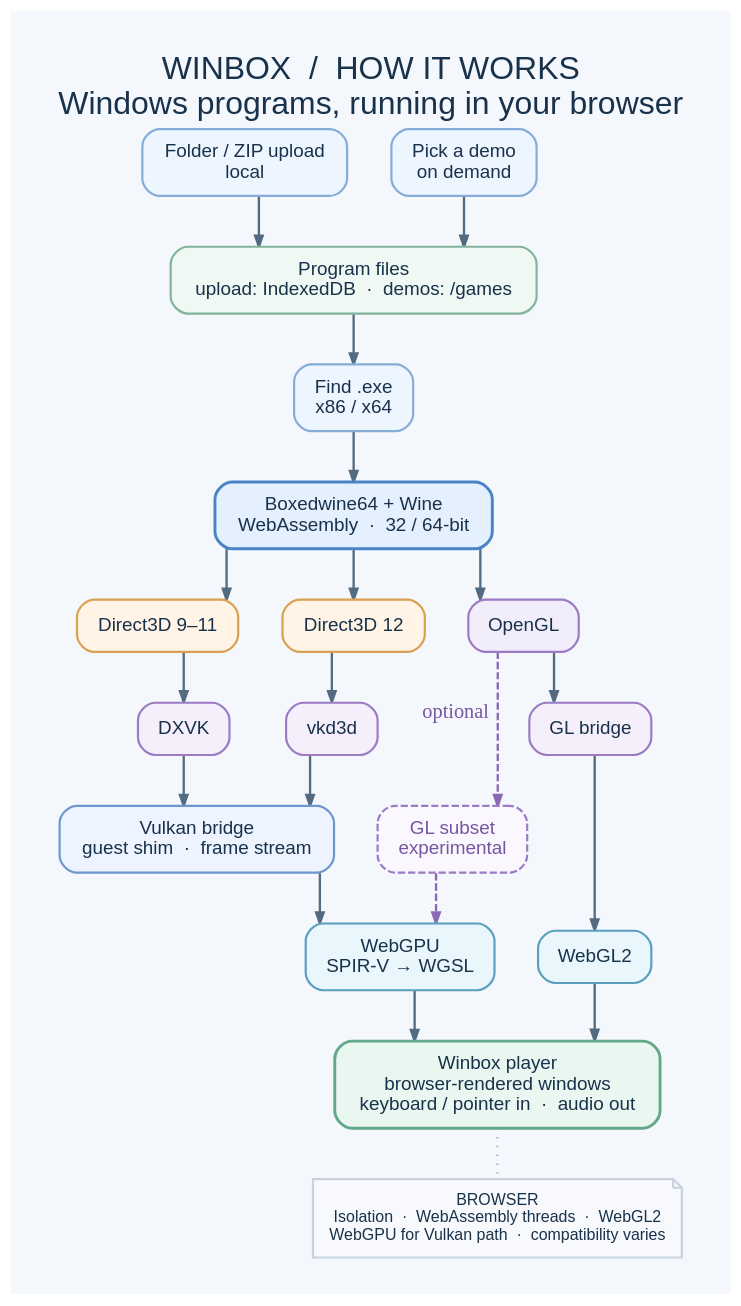
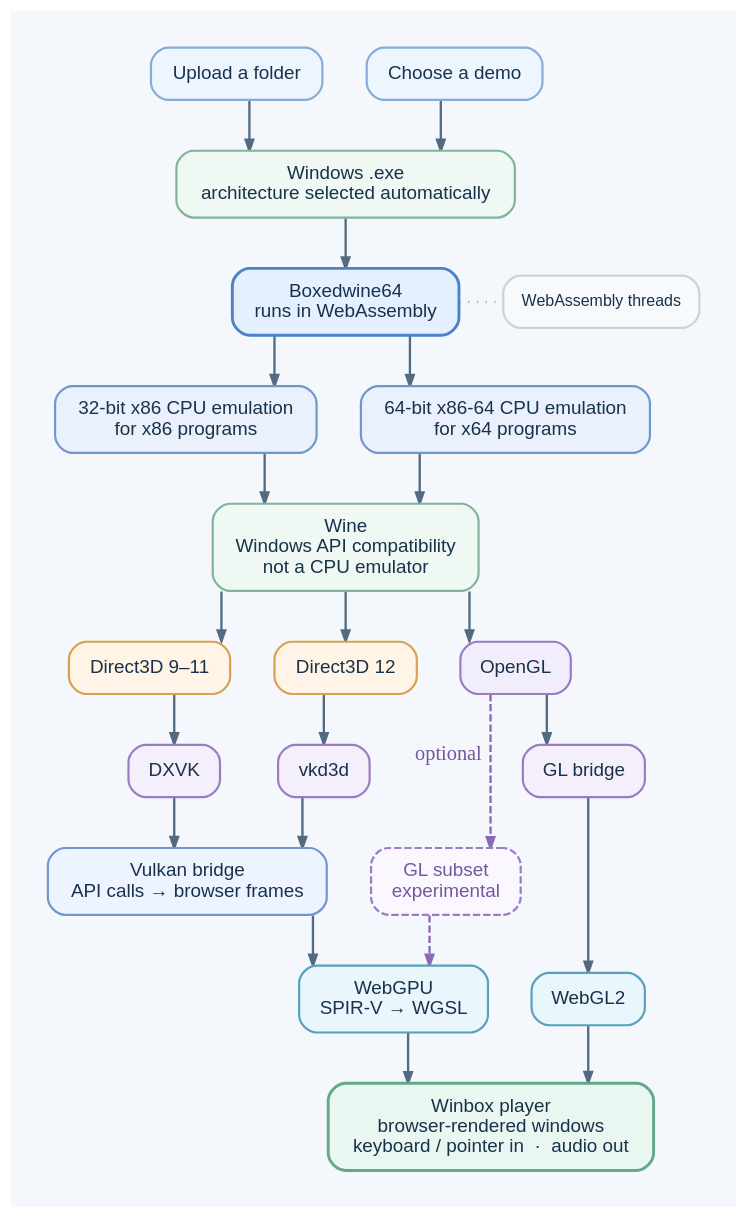
Before and after one commit to Kn0tzer/Winbox: the diagram in docs/images/winbox-flowchart.dot, drawn with Graphviz. The commit also changed 1 other file, not shown here.

Commit message:
docs: clarify runtime emulation flow

```diff
--- a/docs/images/winbox-flowchart.dot
+++ b/docs/images/winbox-flowchart.dot
@@ -1,79 +1,81 @@
 digraph Winbox {
   graph [
-    label="WINBOX  /  HOW IT WORKS\nWindows programs, running in your browser",
-    labelloc=t,
-    labeljust=l,
     fontname="Arial",
-    fontsize=22,
-    fontcolor="#18324b",
     bgcolor="#f4f7fb",
     pad=0.35,
     nodesep=0.42,
     ranksep=0.48,
     splines=ortho,
     outputorder=edgesfirst,
     newrank=true
   ];
 
   node [
     shape=box,
     style="rounded,filled",
     fontname="Arial",
     fontsize=13,
     fontcolor="#18324b",
     color="#b6c7d9",
     fillcolor="#ffffff",
     penwidth=1.5,
     margin="0.18,0.12"
   ];
 
   edge [
     color="#536b80",
     penwidth=1.6,
     arrowsize=0.75,
     arrowhead=normal
   ];
 
-  folder [label="Folder / ZIP upload\nlocal", fillcolor="#edf5ff", color="#85add8"];
-  demo [label="Pick a demo\non demand", fillcolor="#edf5ff", color="#85add8"];
-  files [label="Program files\nupload: IndexedDB  ·  demos: /games", fillcolor="#eff8f3", color="#82b39c"];
-  detect [label="Find .exe\nx86 / x64", fillcolor="#edf5ff", color="#85add8"];
-  runtime [label="Boxedwine64 + Wine\nWebAssembly  ·  32 / 64-bit", fillcolor="#e5f0ff", color="#4b83c7", penwidth=2];
+  folder [label="Upload a folder", fillcolor="#edf5ff", color="#85add8"];
+  demo [label="Choose a demo", fillcolor="#edf5ff", color="#85add8"];
+  exe [label="Windows .exe\narchitecture selected automatically", fillcolor="#eff8f3", color="#82b39c"];
+  runtime [label="Boxedwine64\nruns in WebAssembly", fillcolor="#e5f0ff", color="#4b83c7", penwidth=2];
+  threads [label="WebAssembly threads", fillcolor="#f7f9fc", color="#c7d3df", fontsize=11];
 
-  folder -> files;
-  demo -> files;
-  files -> detect -> runtime;
+  folder -> exe;
+  demo -> exe;
+  exe -> runtime;
+  runtime -> threads [style=dotted, arrowhead=none, color="#aab8c6"];
 
+  x86 [label="32-bit x86 CPU emulation\nfor x86 programs", fillcolor="#eaf1fc", color="#7096ce"];
+  x64 [label="64-bit x86-64 CPU emulation\nfor x64 programs", fillcolor="#eaf1fc", color="#7096ce"];
+  wine [label="Wine\nWindows API compatibility\nnot a CPU emulator", fillcolor="#eff8f3", color="#82b39c"];
   d3d [label="Direct3D 9–11", fillcolor="#fff4e5", color="#d9a152"];
   d3d12 [label="Direct3D 12", fillcolor="#fff4e5", color="#d9a152"];
   gl [label="OpenGL", fillcolor="#f2edfa", color="#9a7bc4"];
   dxvk [label="DXVK", fillcolor="#f4effa", color="#9a7bc4"];
   vkd3d [label="vkd3d", fillcolor="#f4effa", color="#9a7bc4"];
-  bridge [label="Vulkan bridge\nguest shim  ·  frame stream", fillcolor="#edf4ff", color="#7096ce"];
+  bridge [label="Vulkan bridge\nAPI calls → browser frames", fillcolor="#edf4ff", color="#7096ce"];
   glbridge [label="GL bridge", fillcolor="#f4effa", color="#9a7bc4"];
   webgpu [label="WebGPU\nSPIR-V → WGSL", fillcolor="#e9f6fb", color="#58a0bd"];
   webgl [label="WebGL2", fillcolor="#e9f6fb", color="#58a0bd"];
   glsubset [label="GL subset\nexperimental", style="rounded,dashed,filled", fillcolor="#faf7ff", color="#9a7bc4", fontcolor="#76579f"];
   player [label="Winbox player\nbrowser-rendered windows\nkeyboard / pointer in  ·  audio out", fillcolor="#eaf7f1", color="#62a889", penwidth=2];
 
-  runtime -> d3d;
-  runtime -> d3d12;
-  runtime -> gl;
+  runtime -> x86;
+  runtime -> x64;
+  x86 -> wine;
+  x64 -> wine;
+  wine -> d3d;
+  wine -> d3d12;
+  wine -> gl;
   d3d -> dxvk -> bridge;
   d3d12 -> vkd3d -> bridge;
   bridge -> webgpu;
   gl -> glbridge -> webgl;
   gl -> glsubset [style=dashed, color="#8a68b4", fontcolor="#76579f", xlabel="optional"];
   glsubset -> webgpu [style=dashed, color="#8a68b4"];
   webgpu -> player;
   webgl -> player;
 
-  browser [shape=note, label="BROWSER\nIsolation  ·  WebAssembly threads  ·  WebGL2\nWebGPU for Vulkan path  ·  compatibility varies", fillcolor="#f7f9fc", color="#c7d3df", fontsize=11];
-  player -> browser [style=dotted, arrowhead=none, color="#aab8c6"];
-
   { rank=same; folder; demo; }
+  { rank=same; runtime; threads; }
+  { rank=same; x86; x64; }
   { rank=same; d3d; d3d12; gl; }
   { rank=same; dxvk; vkd3d; glbridge; }
   { rank=same; bridge; glsubset; }
   { rank=same; webgpu; webgl; }
 }
```
